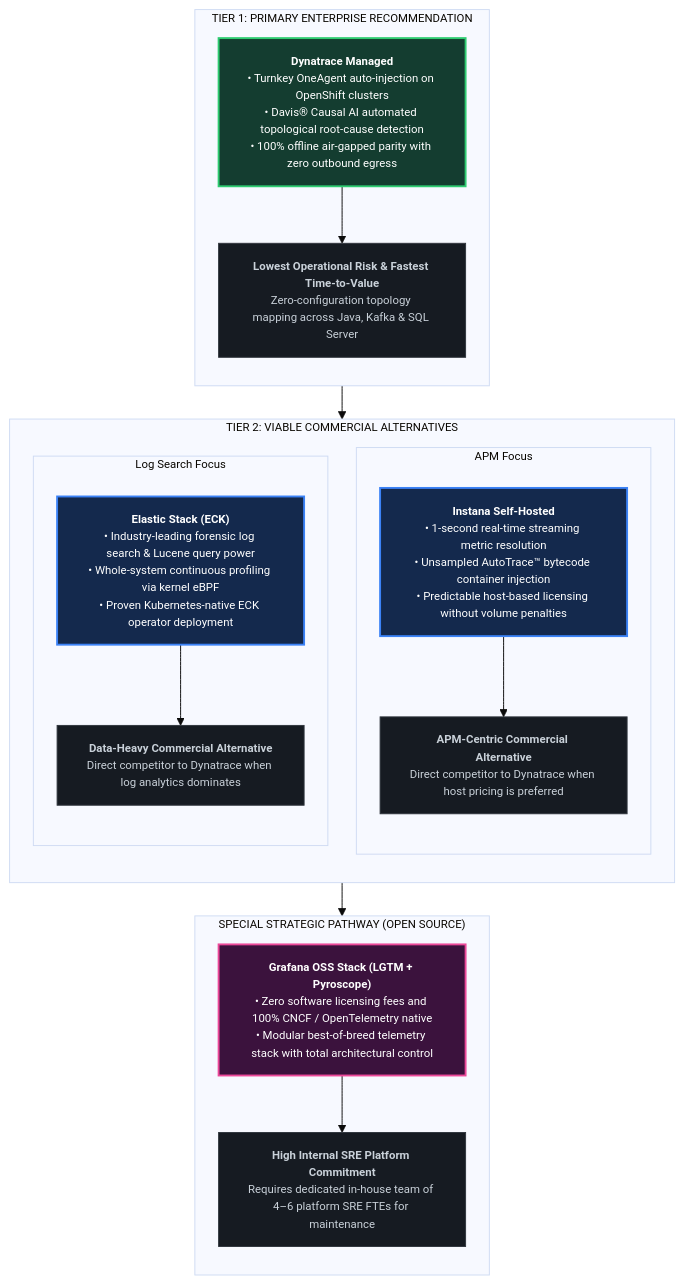
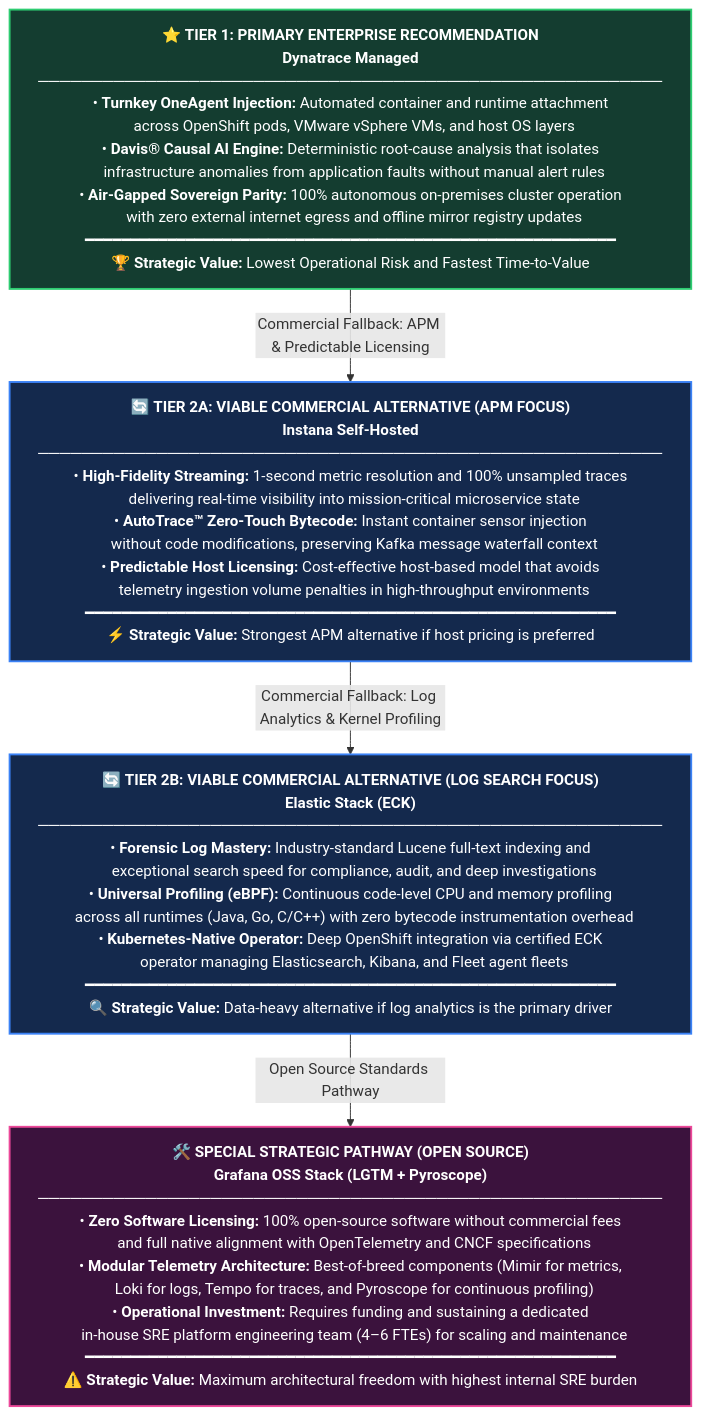
The sixth of 7 diagrams in README.md (nubenetes/observability-platforms-comparison), drawn with Mermaid before and after one commit.

Commit message:
fix(docs): refactor Section 8 diagram into 670px wide multi-line tier cards eliminating all text clipping

````diff
--- a/README.md
+++ b/README.md
@@ -247,50 +247,20 @@
 ```mermaid
-%%{init: {
-  'theme': 'base',
-  'themeVariables': {
-    'fontSize': '12px'
-  },
-  'flowchart': {
-    'nodeSpacing': 30,
-    'rankSpacing': 35
-  }
-}}%%
 flowchart TD
     classDef t1 fill:#143d30,stroke:#2ecc71,stroke-width:2px,color:#fff;
     classDef t2 fill:#14294d,stroke:#3b82f6,stroke-width:2px,color:#fff;
     classDef toss fill:#3b123d,stroke:#ec4899,stroke-width:2px,color:#fff;
-    classDef out fill:#161b22,stroke:#30363d,stroke-width:1px,color:#c9d1d9;
 
-    subgraph T1_Box [" TIER 1: PRIMARY ENTERPRISE RECOMMENDATION "]
-        direction TB
-        T1["<b>Dynatrace Managed</b><br/>• Turnkey OneAgent auto-injection on OpenShift clusters<br/>• Davis® Causal AI automated topological root-cause detection<br/>• 100% offline air-gapped parity with zero outbound egress"]:::t1
-        O1["<b>Lowest Operational Risk & Fastest Time-to-Value</b><br/>Zero-configuration topology mapping across Java, Kafka & SQL Server"]:::out
-        T1 --> O1
-    end
+    T1["⭐ <b>TIER 1: PRIMARY ENTERPRISE RECOMMENDATION</b><br/><b>Dynatrace Managed</b><br/>──────────────────────────────────────────────────────────<br/>• <b>Turnkey OneAgent Injection:</b> Automated container and runtime attachment<br/>&nbsp;&nbsp;across OpenShift pods, VMware vSphere VMs, and host OS layers<br/>• <b>Davis® Causal AI Engine:</b> Deterministic root-cause analysis that isolates<br/>&nbsp;&nbsp;infrastructure anomalies from application faults without manual alert rules<br/>• <b>Air-Gapped Sovereign Parity:</b> 100% autonomous on-premises cluster operation<br/>&nbsp;&nbsp;with zero external internet egress and offline mirror registry updates<br/>━━━━━━━━━━━━━━━━━━━━━━━━━━━━━━━━━━━━━━━━━━━━━━━━━━━━━━━━━━<br/>🏆 <b>Strategic Value:</b> Lowest Operational Risk and Fastest Time-to-Value"]:::t1
 
-    subgraph T2_Box [" TIER 2: VIABLE COMMERCIAL ALTERNATIVES "]
-        direction TB
-        subgraph T2A_Box [" APM Focus "]
-            direction TB
-            T2A["<b>Instana Self-Hosted</b><br/>• 1-second real-time streaming metric resolution<br/>• Unsampled AutoTrace™ bytecode container injection<br/>• Predictable host-based licensing without volume penalties"]:::t2
-            O2A["<b>APM-Centric Commercial Alternative</b><br/>Direct competitor to Dynatrace when host pricing is preferred"]:::out
-            T2A --> O2A
-        end
-        subgraph T2B_Box [" Log Search Focus "]
-            direction TB
-            T2B["<b>Elastic Stack (ECK)</b><br/>• Industry-leading forensic log search & Lucene query power<br/>• Whole-system continuous profiling via kernel eBPF<br/>• Proven Kubernetes-native ECK operator deployment"]:::t2
-            O2B["<b>Data-Heavy Commercial Alternative</b><br/>Direct competitor to Dynatrace when log analytics dominates"]:::out
-            T2B --> O2B
-        end
-    end
+    T1 -->|Commercial Fallback: APM & Predictable Licensing| T2A
 
-    subgraph TOSS_Box [" SPECIAL STRATEGIC PATHWAY (OPEN SOURCE) "]
-        direction TB
-        TOSS["<b>Grafana OSS Stack (LGTM + Pyroscope)</b><br/>• Zero software licensing fees and 100% CNCF / OpenTelemetry native<br/>• Modular best-of-breed telemetry stack with total architectural control"]:::toss
-        O3["<b>High Internal SRE Platform Commitment</b><br/>Requires dedicated in-house team of 4–6 platform SRE FTEs for maintenance"]:::out
-        TOSS --> O3
-    end
+    T2A["🔄 <b>TIER 2A: VIABLE COMMERCIAL ALTERNATIVE (APM FOCUS)</b><br/><b>Instana Self-Hosted</b><br/>──────────────────────────────────────────────────────────<br/>• <b>High-Fidelity Streaming:</b> 1-second metric resolution and 100% unsampled traces<br/>&nbsp;&nbsp;delivering real-time visibility into mission-critical microservice state<br/>• <b>AutoTrace™ Zero-Touch Bytecode:</b> Instant container sensor injection<br/>&nbsp;&nbsp;without code modifications, preserving Kafka message waterfall context<br/>• <b>Predictable Host Licensing:</b> Cost-effective host-based model that avoids<br/>&nbsp;&nbsp;telemetry ingestion volume penalties in high-throughput environments<br/>━━━━━━━━━━━━━━━━━━━━━━━━━━━━━━━━━━━━━━━━━━━━━━━━━━━━━━━━━━<br/>⚡ <b>Strategic Value:</b> Strongest APM alternative if host pricing is preferred"]:::t2
 
-    T1_Box --> T2_Box
-    T2_Box --> TOSS_Box
+    T2A -->|Commercial Fallback: Log Analytics & Kernel Profiling| T2B
+
+    T2B["🔄 <b>TIER 2B: VIABLE COMMERCIAL ALTERNATIVE (LOG SEARCH FOCUS)</b><br/><b>Elastic Stack (ECK)</b><br/>──────────────────────────────────────────────────────────<br/>• <b>Forensic Log Mastery:</b> Industry-standard Lucene full-text indexing and<br/>&nbsp;&nbsp;exceptional search speed for compliance, audit, and deep investigations<br/>• <b>Universal Profiling (eBPF):</b> Continuous code-level CPU and memory profiling<br/>&nbsp;&nbsp;across all runtimes (Java, Go, C/C++) with zero bytecode instrumentation overhead<br/>• <b>Kubernetes-Native Operator:</b> Deep OpenShift integration via certified ECK<br/>&nbsp;&nbsp;operator managing Elasticsearch, Kibana, and Fleet agent fleets<br/>━━━━━━━━━━━━━━━━━━━━━━━━━━━━━━━━━━━━━━━━━━━━━━━━━━━━━━━━━━<br/>🔍 <b>Strategic Value:</b> Data-heavy alternative if log analytics is the primary driver"]:::t2
+
+    T2B -->|Open Source Standards Pathway| TOSS
+
+    TOSS["🛠️ <b>SPECIAL STRATEGIC PATHWAY (OPEN SOURCE)</b><br/><b>Grafana OSS Stack (LGTM + Pyroscope)</b><br/>──────────────────────────────────────────────────────────<br/>• <b>Zero Software Licensing:</b> 100% open-source software without commercial fees<br/>&nbsp;&nbsp;and full native alignment with OpenTelemetry and CNCF specifications<br/>• <b>Modular Telemetry Architecture:</b> Best-of-breed components (Mimir for metrics,<br/>&nbsp;&nbsp;Loki for logs, Tempo for traces, and Pyroscope for continuous profiling)<br/>• <b>Operational Investment:</b> Requires funding and sustaining a dedicated<br/>&nbsp;&nbsp;in-house SRE platform engineering team (4–6 FTEs) for scaling and maintenance<br/>━━━━━━━━━━━━━━━━━━━━━━━━━━━━━━━━━━━━━━━━━━━━━━━━━━━━━━━━━━<br/>⚠️ <b>Strategic Value:</b> Maximum architectural freedom with highest internal SRE burden"]:::toss
 ```
````
